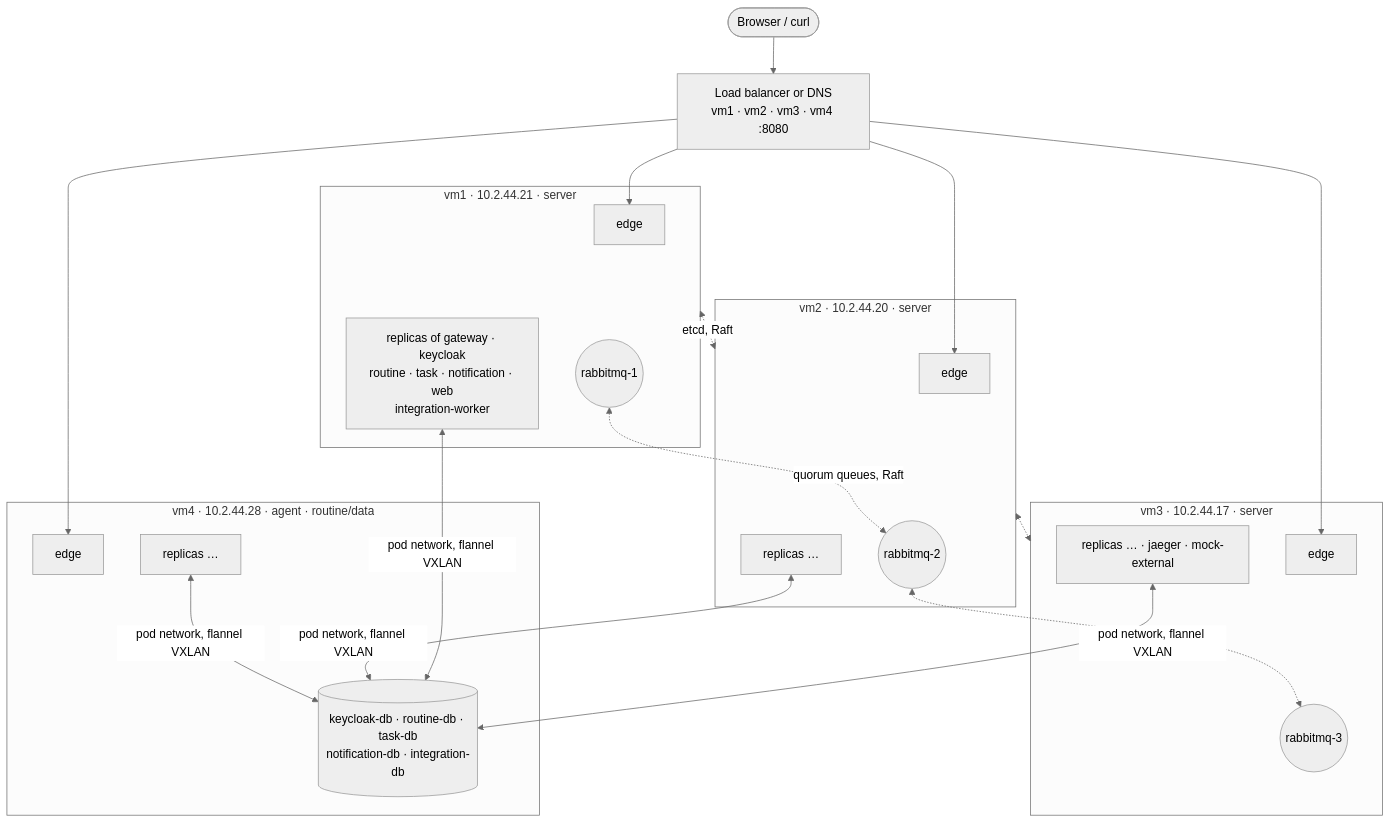
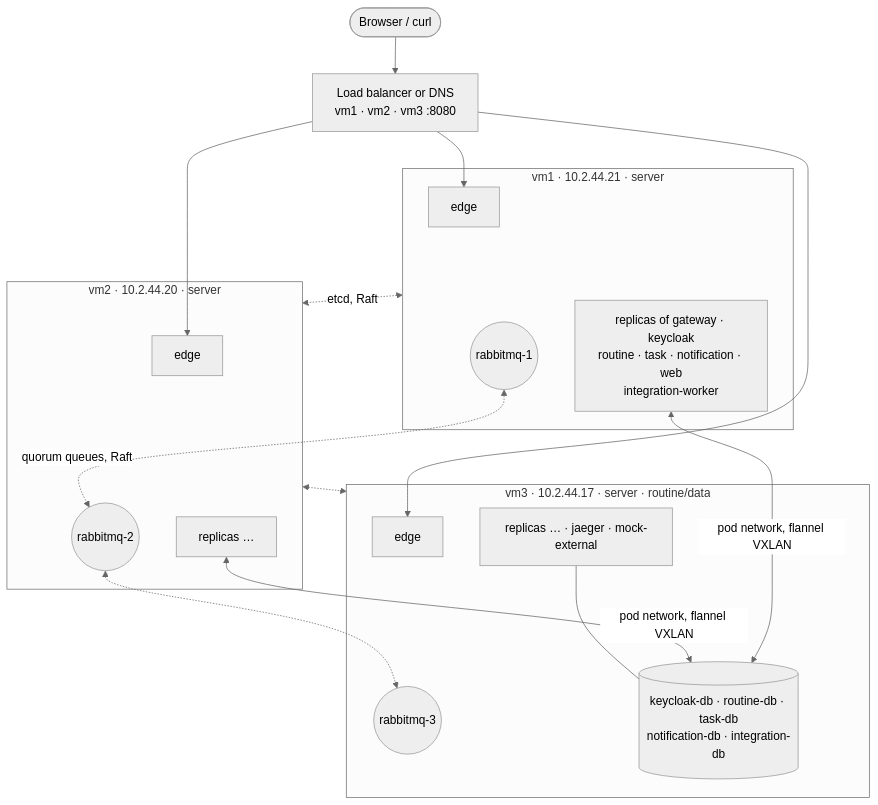
Before and after one commit to sxpersxnic/tbz-m321-routine: the diagram in docs/deployment.md, drawn with Mermaid (neutral theme). The commit also changed other lines of this file and 10 other files, not shown here.

````diff
--- a/docs/deployment.md
+++ b/docs/deployment.md
@@ -26,27 +25,24 @@
 ```mermaid
 flowchart TB
-    U([Browser / curl]) --> LB[Load balancer or DNS<br/>vm1 · vm2 · vm3 · vm4 :8080]
-    LB --> E1 & E2 & E3 & E4
+    U([Browser / curl]) --> LB[Load balancer or DNS<br/>vm1 · vm2 · vm3 :8080]
+    LB --> E1 & E2 & E3
 
     subgraph VM1[vm1 · 10.2.44.21 · server]
       E1[edge] ~~~ R1((rabbitmq-1))
       S1[replicas of gateway · keycloak<br/>routine · task · notification · web<br/>integration-worker]
     end
     subgraph VM2[vm2 · 10.2.44.20 · server]
       E2[edge] ~~~ R2((rabbitmq-2))
       S2[replicas …]
     end
-    subgraph VM3[vm3 · 10.2.44.17 · server]
+    subgraph VM3[vm3 · 10.2.44.17 · server · routine/data]
       E3[edge] ~~~ R3((rabbitmq-3))
+      DB[(keycloak-db · routine-db · task-db<br/>notification-db · integration-db)]
       S3[replicas … · jaeger · mock-external]
-    end
-    subgraph VM4[vm4 · 10.2.44.28 · agent · routine/data]
-      E4[edge]
-      DB[(keycloak-db · routine-db · task-db<br/>notification-db · integration-db)]
-      S4[replicas …]
     end
 
     R1 <-.->|quorum queues, Raft| R2 <-.-> R3
     VM1 <-.->|etcd, Raft| VM2 <-.-> VM3
-    S1 & S2 & S3 & S4 <-->|pod network, flannel VXLAN| DB
+    S1 & S2 <-->|pod network, flannel VXLAN| DB
+    S3 --- DB
 ```
````
